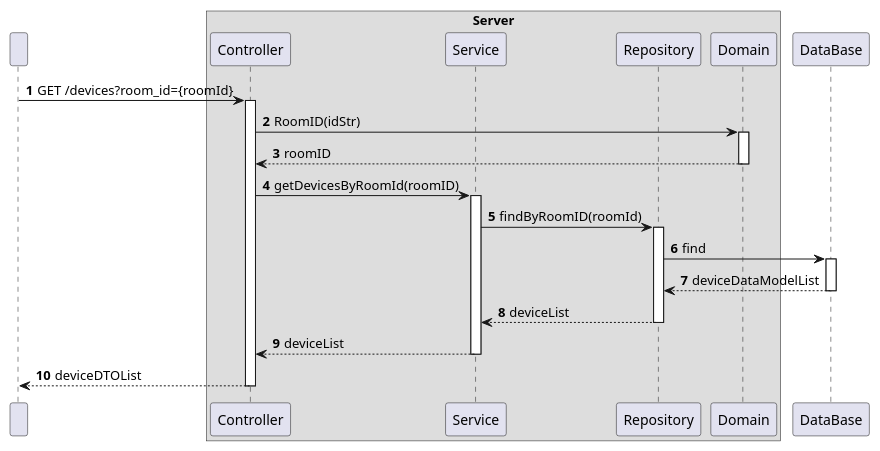
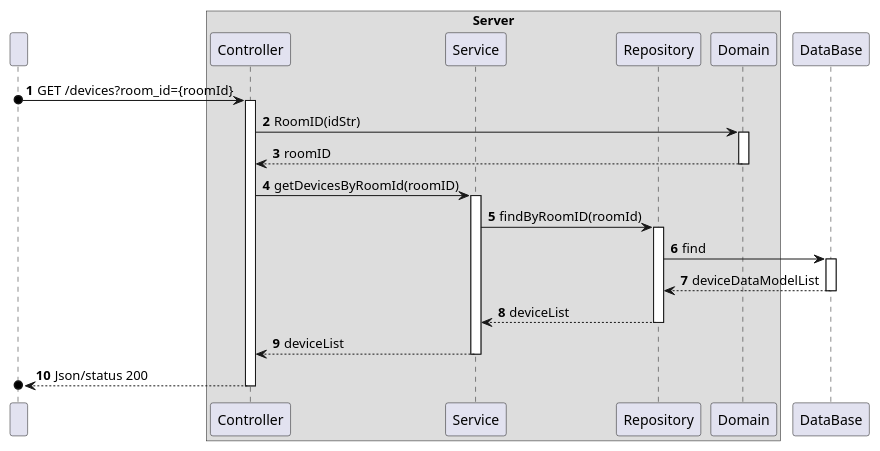
Before and after one commit to olivDiogo/SmartHome: the diagram in docs/ooa/C4_4plus1_models/Level3/ProcessView/ProcessViewLevel3_UC06.puml, drawn with PlantUML. The commit also changed 5 other files, not shown here.

```diff
--- a/docs/ooa/C4_4plus1_models/Level3/ProcessView/ProcessViewLevel3_UC06.puml
+++ b/docs/ooa/C4_4plus1_models/Level3/ProcessView/ProcessViewLevel3_UC06.puml
@@ -1,51 +1,51 @@
 @startuml
 'https://plantuml.com/sequence-diagram
 !pragma layout smetana
 
 autonumber
 
 
 participant " " as HTTP
 
 box "Server"
     participant "Controller" as CTRL
     participant "Service" as SV
     participant "Repository" as REPO
     participant "Domain" as DOM
 
 end box
 participant "DataBase" as BD
 
 
-HTTP -> CTRL : GET /devices?room_id={roomId}
+HTTP o-> CTRL : GET /devices?room_id={roomId}
 activate CTRL
 
 CTRL -> DOM : RoomID(idStr)
 activate DOM
 DOM --> CTRL : roomID
 deactivate DOM
 
 CTRL -> SV : getDevicesByRoomId(roomID)
 activate SV
 
 SV -> REPO : findByRoomID(roomId)
 activate REPO
 
 REPO -> BD : find
 activate BD
 
 BD --> REPO : deviceDataModelList
 deactivate BD
 
 REPO --> SV : deviceList
 deactivate REPO
 
 SV --> CTRL : deviceList
 deactivate SV
 
-CTRL --> HTTP : deviceDTOList
+CTRL -->o HTTP : Json/status 200
 deactivate CTRL
 
 
 
 @enduml
```
